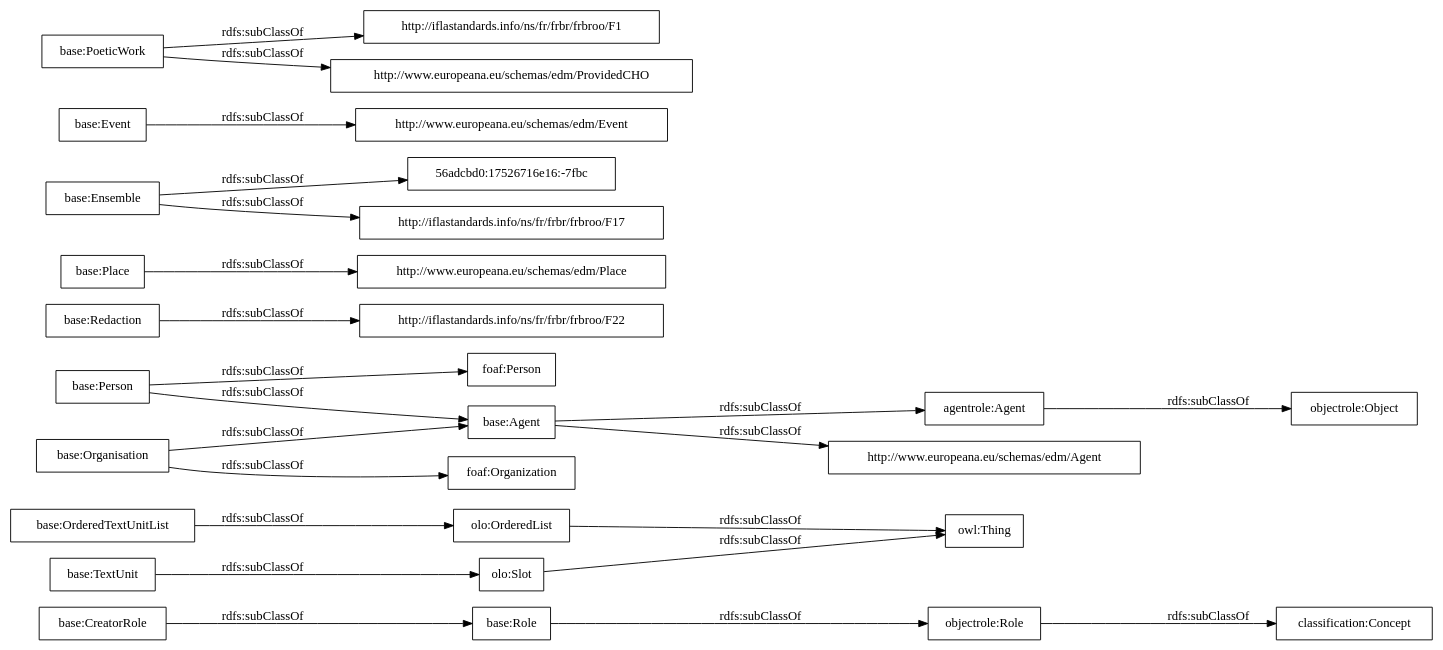
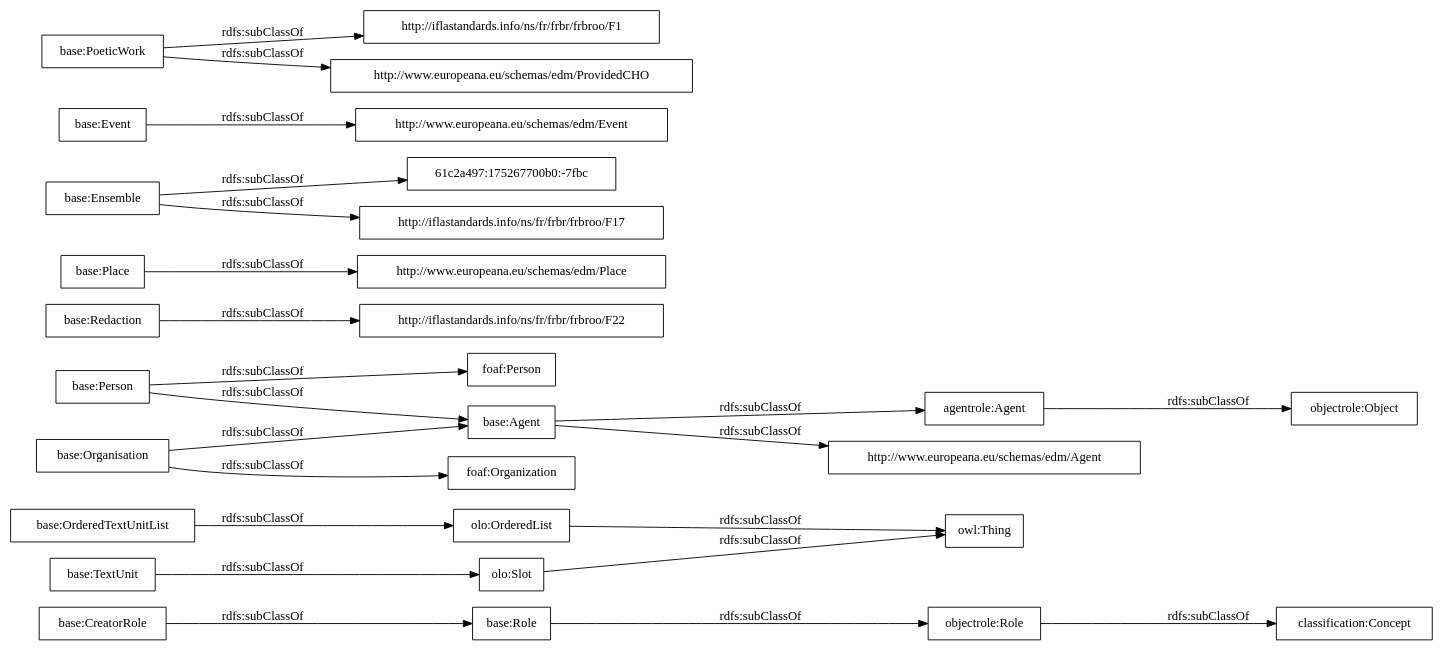
One commit to OnToologyUser/core-ontology-1 changed the diagram in OnToology/postdata-core.owl/diagrams/ar2dtool-taxonomy/postdata-core.owl.png.dot. Above: the diagram before and after it, drawn with Graphviz. The commit also changed 14 other files, not shown here.

```diff
--- a/OnToology/postdata-core.owl/diagrams/ar2dtool-taxonomy/postdata-core.owl.png.dot
+++ b/OnToology/postdata-core.owl/diagrams/ar2dtool-taxonomy/postdata-core.owl.png.dot
@@ -1,27 +1,27 @@
 digraph ar2dtool_diagram { 
 rankdir=LR;
 size="1000"
-node [shape = rectangle, color="black"]; "base:Role" "base:OrderedTextUnitList" "agentrole:Agent" "http://iflastandards.info/ns/fr/frbr/frbroo/F22" "http://www.europeana.eu/schemas/edm/Agent" "base:Agent" "base:CreatorRole" "base:Person" "base:Organisation" "http://www.europeana.eu/schemas/edm/Place" "base:Redaction" "base:Ensemble" "foaf:Person" "http://www.europeana.eu/schemas/edm/Event" "base:TextUnit" "http://iflastandards.info/ns/fr/frbr/frbroo/F1" "foaf:Organization" "http://www.europeana.eu/schemas/edm/ProvidedCHO" "base:Place" "base:Event" "56adcbd0:17526716e16:-7fbc" "base:PoeticWork" "http://iflastandards.info/ns/fr/frbr/frbroo/F17" "owl:Thing" "objectrole:Role" "objectrole:Object" "olo:Slot" "olo:OrderedList" "classification:Concept" ; /*classes style*/
+node [shape = rectangle, color="black"]; "base:Role" "base:OrderedTextUnitList" "agentrole:Agent" "http://iflastandards.info/ns/fr/frbr/frbroo/F22" "http://www.europeana.eu/schemas/edm/Agent" "base:Agent" "base:CreatorRole" "base:Person" "base:Organisation" "http://www.europeana.eu/schemas/edm/Place" "base:Redaction" "base:Ensemble" "foaf:Person" "61c2a497:175267700b0:-7fbc" "http://www.europeana.eu/schemas/edm/Event" "base:TextUnit" "foaf:Organization" "http://iflastandards.info/ns/fr/frbr/frbroo/F1" "http://www.europeana.eu/schemas/edm/ProvidedCHO" "base:Place" "base:Event" "base:PoeticWork" "http://iflastandards.info/ns/fr/frbr/frbroo/F17" "owl:Thing" "objectrole:Role" "objectrole:Object" "olo:Slot" "olo:OrderedList" "classification:Concept" ; /*classes style*/
 	"base:Redaction" -> "http://iflastandards.info/ns/fr/frbr/frbroo/F22" [ label = "rdfs:subClassOf" ];
 	"base:Role" -> "objectrole:Role" [ label = "rdfs:subClassOf" ];
 	"base:Event" -> "http://www.europeana.eu/schemas/edm/Event" [ label = "rdfs:subClassOf" ];
 	"base:Person" -> "foaf:Person" [ label = "rdfs:subClassOf" ];
 	"base:Person" -> "base:Agent" [ label = "rdfs:subClassOf" ];
 	"olo:OrderedList" -> "owl:Thing" [ label = "rdfs:subClassOf" ];
 	"olo:Slot" -> "owl:Thing" [ label = "rdfs:subClassOf" ];
 	"base:PoeticWork" -> "http://www.europeana.eu/schemas/edm/ProvidedCHO" [ label = "rdfs:subClassOf" ];
 	"base:PoeticWork" -> "http://iflastandards.info/ns/fr/frbr/frbroo/F1" [ label = "rdfs:subClassOf" ];
 	"base:TextUnit" -> "olo:Slot" [ label = "rdfs:subClassOf" ];
 	"agentrole:Agent" -> "objectrole:Object" [ label = "rdfs:subClassOf" ];
-	"base:Ensemble" -> "56adcbd0:17526716e16:-7fbc" [ label = "rdfs:subClassOf" ];
+	"base:Ensemble" -> "61c2a497:175267700b0:-7fbc" [ label = "rdfs:subClassOf" ];
 	"base:Ensemble" -> "http://iflastandards.info/ns/fr/frbr/frbroo/F17" [ label = "rdfs:subClassOf" ];
 	"base:OrderedTextUnitList" -> "olo:OrderedList" [ label = "rdfs:subClassOf" ];
 	"base:Agent" -> "agentrole:Agent" [ label = "rdfs:subClassOf" ];
 	"base:Agent" -> "http://www.europeana.eu/schemas/edm/Agent" [ label = "rdfs:subClassOf" ];
 	"objectrole:Role" -> "classification:Concept" [ label = "rdfs:subClassOf" ];
 	"base:Place" -> "http://www.europeana.eu/schemas/edm/Place" [ label = "rdfs:subClassOf" ];
 	"base:Organisation" -> "foaf:Organization" [ label = "rdfs:subClassOf" ];
 	"base:Organisation" -> "base:Agent" [ label = "rdfs:subClassOf" ];
 	"base:CreatorRole" -> "base:Role" [ label = "rdfs:subClassOf" ];
 
 }
```
